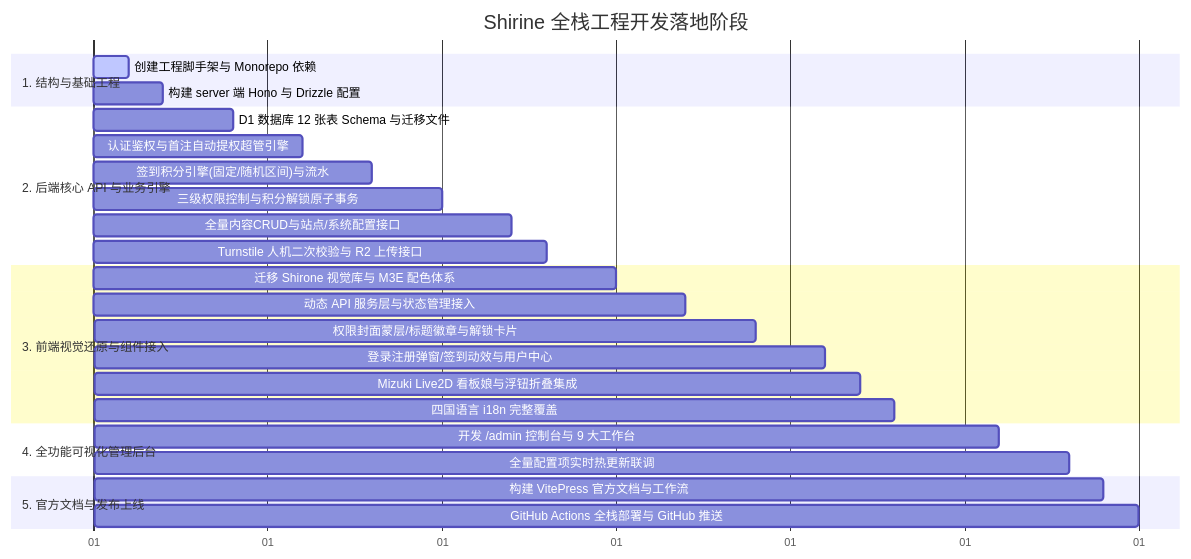
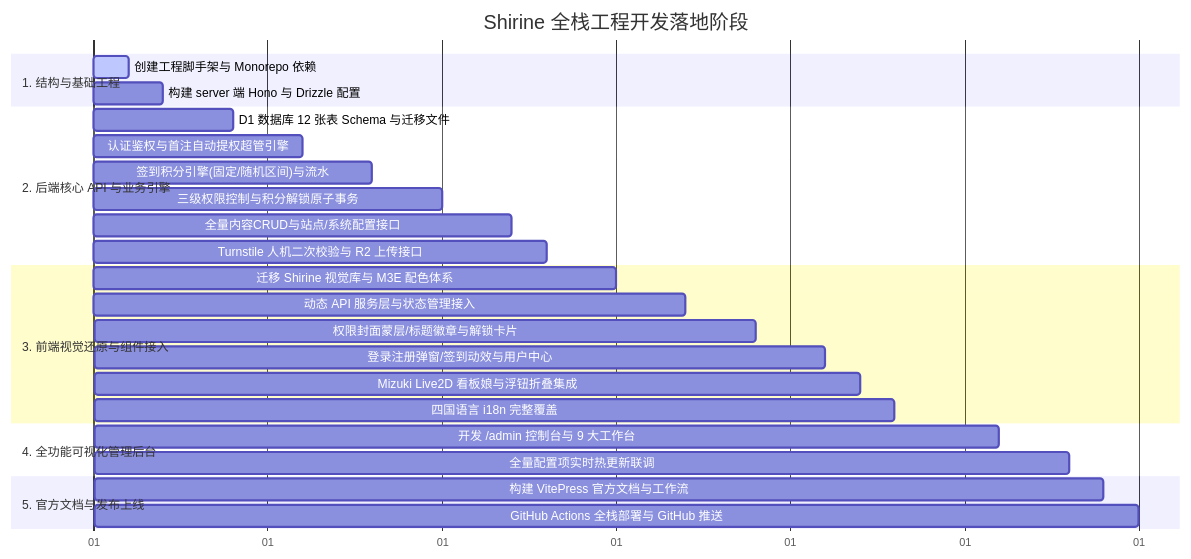
One commit to yiran168/Shirine changed the third of 3 diagrams in PLAN.md. Above: the diagram before and after it, drawn with Mermaid. The commit also changed other lines of this file and 5 other files, not shown here.

````diff
--- a/PLAN.md
+++ b/PLAN.md
@@ -552,34 +552,34 @@
 ```mermaid
 gantt
     title Shirine 全栈工程开发落地阶段
     dateFormat  X
     axisFormat %d
 
     section 1. 结构与基础工程
     创建工程脚手架与 Monorepo 依赖       :active, p1_1, 0, 1
     构建 server 端 Hono 与 Drizzle 配置  :p1_2, 1, 2
 
     section 2. 后端核心 API 与业务引擎
     D1 数据库 12 张表 Schema 与迁移文件  :p2_1, 2, 4
     认证鉴权与首注自动提权超管引擎       :p2_2, 4, 6
     签到积分引擎(固定/随机区间)与流水    :p2_3, 6, 8
     三级权限控制与积分解锁原子事务       :p2_4, 8, 10
     全量内容CRUD与站点/系统配置接口      :p2_5, 10, 12
     Turnstile 人机二次校验与 R2 上传接口 :p2_6, 12, 13
 
     section 3. 前端视觉还原与组件接入
-    迁移 Shirone 视觉库与 M3E 配色体系   :p3_1, 13, 15
+    迁移 Shirine 视觉库与 M3E 配色体系   :p3_1, 13, 15
     动态 API 服务层与状态管理接入        :p3_2, 15, 17
     权限封面蒙层/标题徽章与解锁卡片      :p3_3, 17, 19
     登录注册弹窗/签到动效与用户中心      :p3_4, 19, 21
     Mizuki Live2D 看板娘与浮钮折叠集成   :p3_5, 21, 22
     四国语言 i18n 完整覆盖               :p3_6, 22, 23
 
     section 4. 全功能可视化管理后台
     开发 /admin 控制台与 9 大工作台      :p4_1, 23, 26
     全量配置项实时热更新联调             :p4_2, 26, 28
 
     section 5. 官方文档与发布上线
     构建 VitePress 官方文档与工作流      :p5_1, 28, 29
     GitHub Actions 全栈部署与 GitHub 推送 :p5_2, 29, 30
 ```
````
